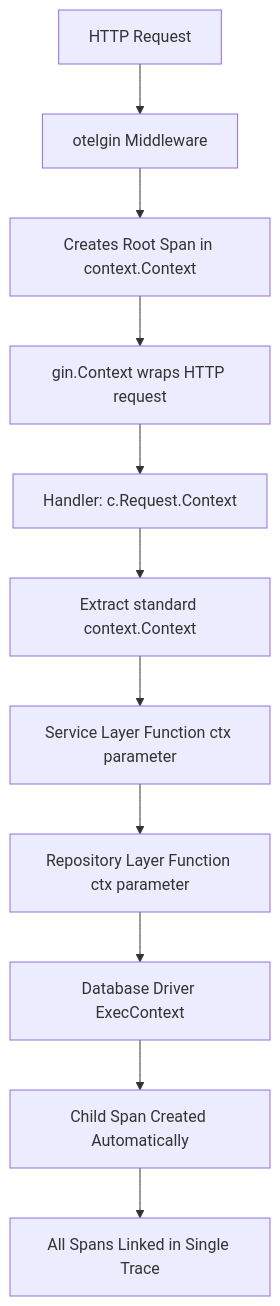
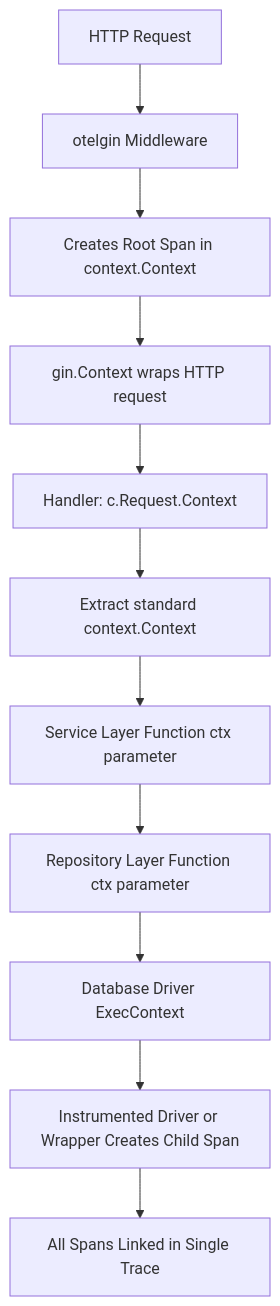
Before and after one commit to OneUptime/blog: the diagram in posts/2026-02-06-extract-go-context-gin-opentelemetry-span-propagation/README.md, drawn with Mermaid. The commit also changed other lines of this file and 2 other files, not shown here.

Commit message:
validate: 2026-02-06-extract-go-context-gin-opentelemetry-span-propagation

````diff
--- a/posts/2026-02-06-extract-go-context-gin-opentelemetry-span-propagation/README.md
+++ b/posts/2026-02-06-extract-go-context-gin-opentelemetry-span-propagation/README.md
@@ -148,13 +147,13 @@
 ```mermaid
 graph TD
     A[HTTP Request] --> B[otelgin Middleware]
     B --> C[Creates Root Span in context.Context]
     C --> D[gin.Context wraps HTTP request]
     D --> E[Handler: c.Request.Context]
     E --> F[Extract standard context.Context]
     F --> G[Service Layer Function ctx parameter]
     G --> H[Repository Layer Function ctx parameter]
     H --> I[Database Driver ExecContext]
-    I --> J[Child Span Created Automatically]
+    I --> J[Instrumented Driver or Wrapper Creates Child Span]
     J --> K[All Spans Linked in Single Trace]
 ```
````
